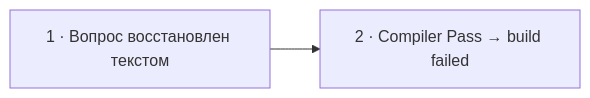
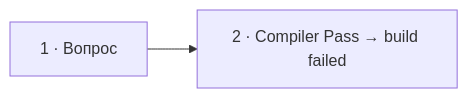
Before and after one commit to savinmikhail/php-backend-interview-video: the diagram in episodes/841862-1payment/visual-plans/12-compiler-pass.md, drawn with Mermaid. The commit also changed other lines of this file and 7 other files, not shown here.

````diff
--- a/episodes/841862-1payment/visual-plans/12-compiler-pass.md
+++ b/episodes/841862-1payment/visual-plans/12-compiler-pass.md
@@ -65,4 +64,4 @@
 ```mermaid
 flowchart LR
-  Q["1 · Вопрос восстановлен текстом"] --> C["2 · Compiler Pass → build failed"]
+  Q["1 · Вопрос"] --> C["2 · Compiler Pass → build failed"]
 ```
````
